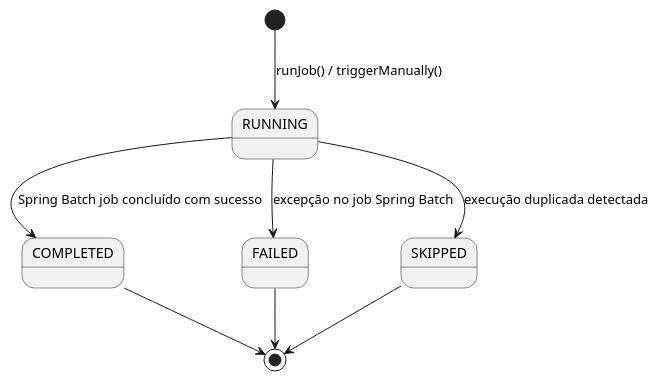
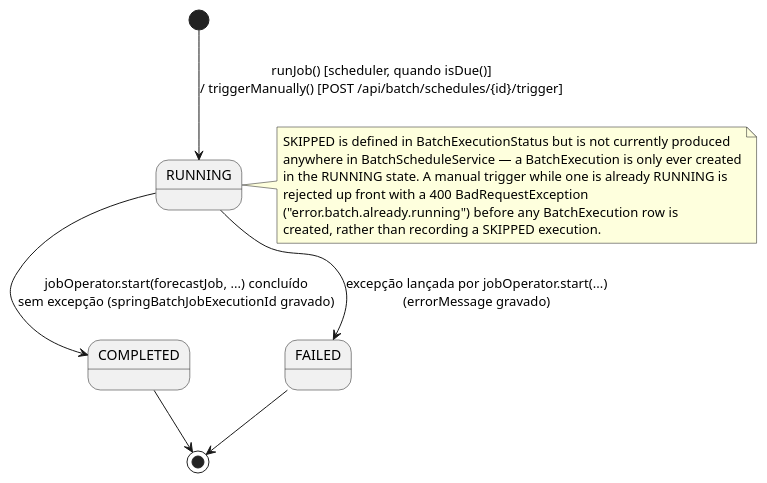
The diagram in docs/plantuml/16-state-batch-execution.puml (paulo-uab/salesPrevision), drawn with PlantUML before and after one commit. The commit also changed 48 other files, not shown here.

```diff
--- a/docs/plantuml/16-state-batch-execution.puml
+++ b/docs/plantuml/16-state-batch-execution.puml
@@ -1,9 +1,17 @@
 @startuml batch-states
-[*] --> RUNNING : runJob() / triggerManually()
-RUNNING --> COMPLETED : Spring Batch job concluído com sucesso
-RUNNING --> FAILED : excepção no job Spring Batch
-RUNNING --> SKIPPED : execução duplicada detectada
+' BatchExecutionStatus (core) values confirmed unchanged: RUNNING, COMPLETED,
+' FAILED, SKIPPED.
+[*] --> RUNNING : runJob() [scheduler, quando isDue()]\n/ triggerManually() [POST /api/batch/schedules/{id}/trigger]
+RUNNING --> COMPLETED : jobOperator.start(forecastJob, ...) concluído\nsem excepção (springBatchJobExecutionId gravado)
+RUNNING --> FAILED : excepção lançada por jobOperator.start(...)\n(errorMessage gravado)
+note right of RUNNING
+  SKIPPED is defined in BatchExecutionStatus but is not currently produced
+  anywhere in BatchScheduleService — a BatchExecution is only ever created
+  in the RUNNING state. A manual trigger while one is already RUNNING is
+  rejected up front with a 400 BadRequestException
+  ("error.batch.already.running") before any BatchExecution row is
+  created, rather than recording a SKIPPED execution.
+end note
 COMPLETED --> [*]
 FAILED --> [*]
-SKIPPED --> [*]
 @enduml
```
